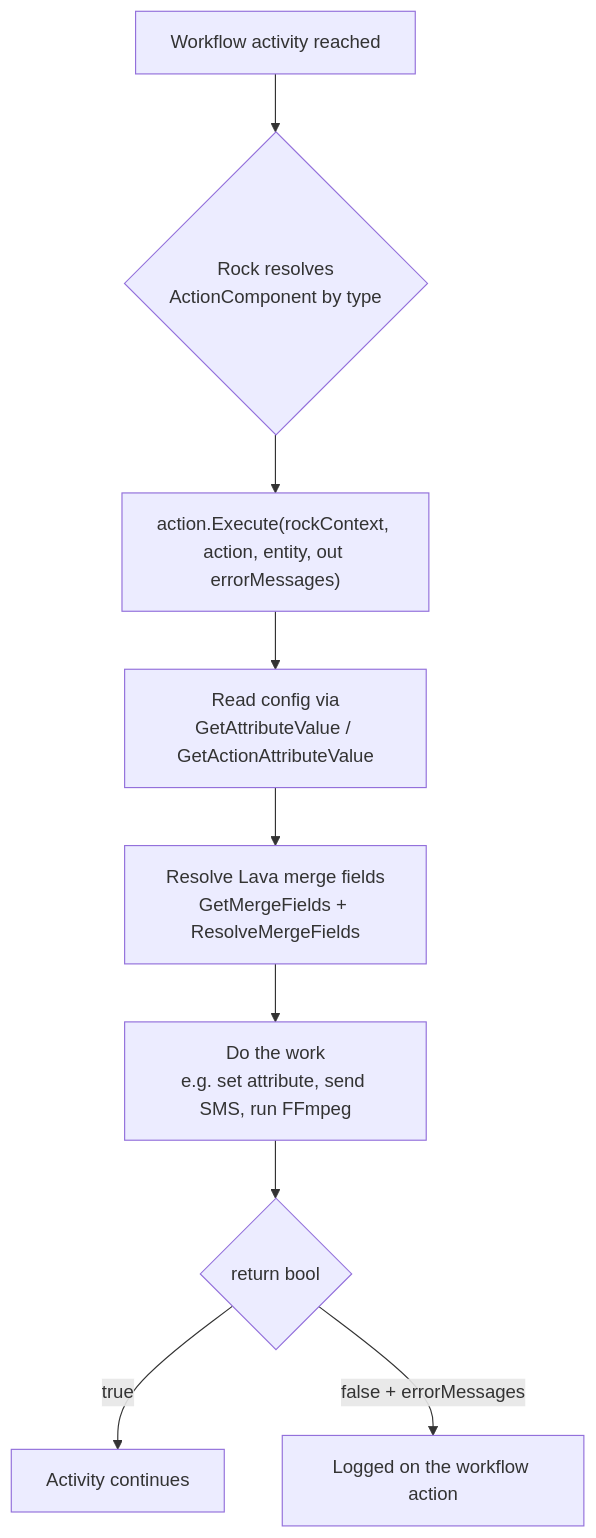
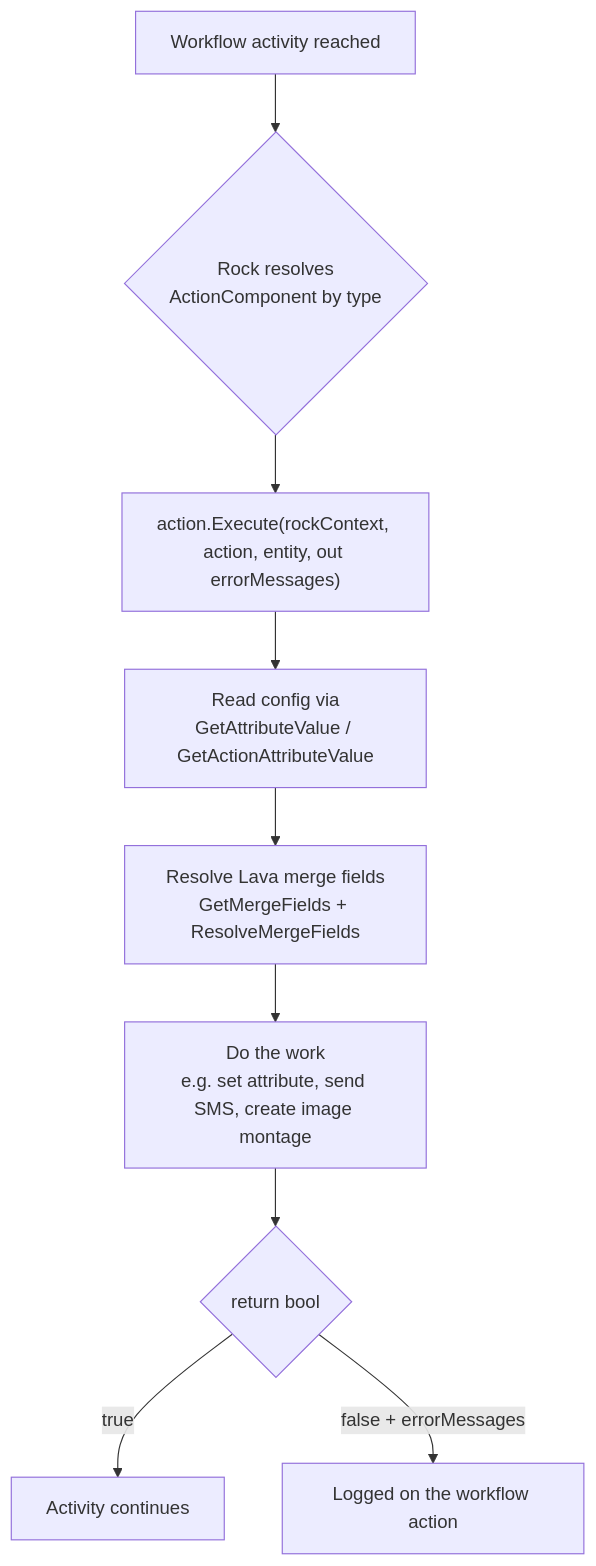
Before and after one commit to secc/RockPlugins: the diagram in Plugins/org.secc.Workflow/README.md, drawn with Mermaid. The commit also changed other lines of this file and 3 other files, not shown here.

````diff
--- a/Plugins/org.secc.Workflow/README.md
+++ b/Plugins/org.secc.Workflow/README.md
@@ -34,11 +34,11 @@
 ```mermaid
 flowchart TD
     A[Workflow activity reached] --> B{Rock resolves<br/>ActionComponent by type}
     B --> C["action.Execute(rockContext, action, entity, out errorMessages)"]
     C --> D[Read config via<br/>GetAttributeValue / GetActionAttributeValue]
     D --> E[Resolve Lava merge fields<br/>GetMergeFields + ResolveMergeFields]
-    E --> F[Do the work<br/>e.g. set attribute, send SMS, run FFmpeg]
+    E --> F[Do the work<br/>e.g. set attribute, send SMS, create image montage]
     F --> G{return bool}
     G -->|true| H[Activity continues]
     G -->|false + errorMessages| I[Logged on the workflow action]
 ```
````
